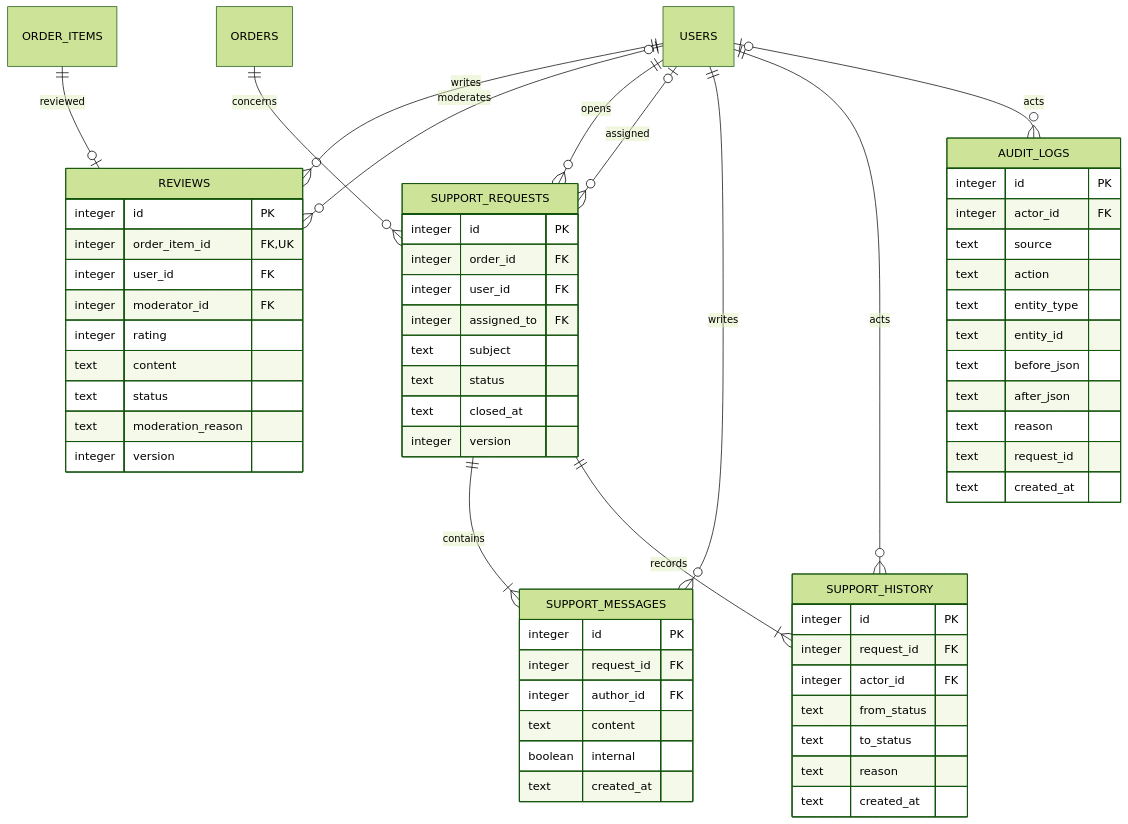
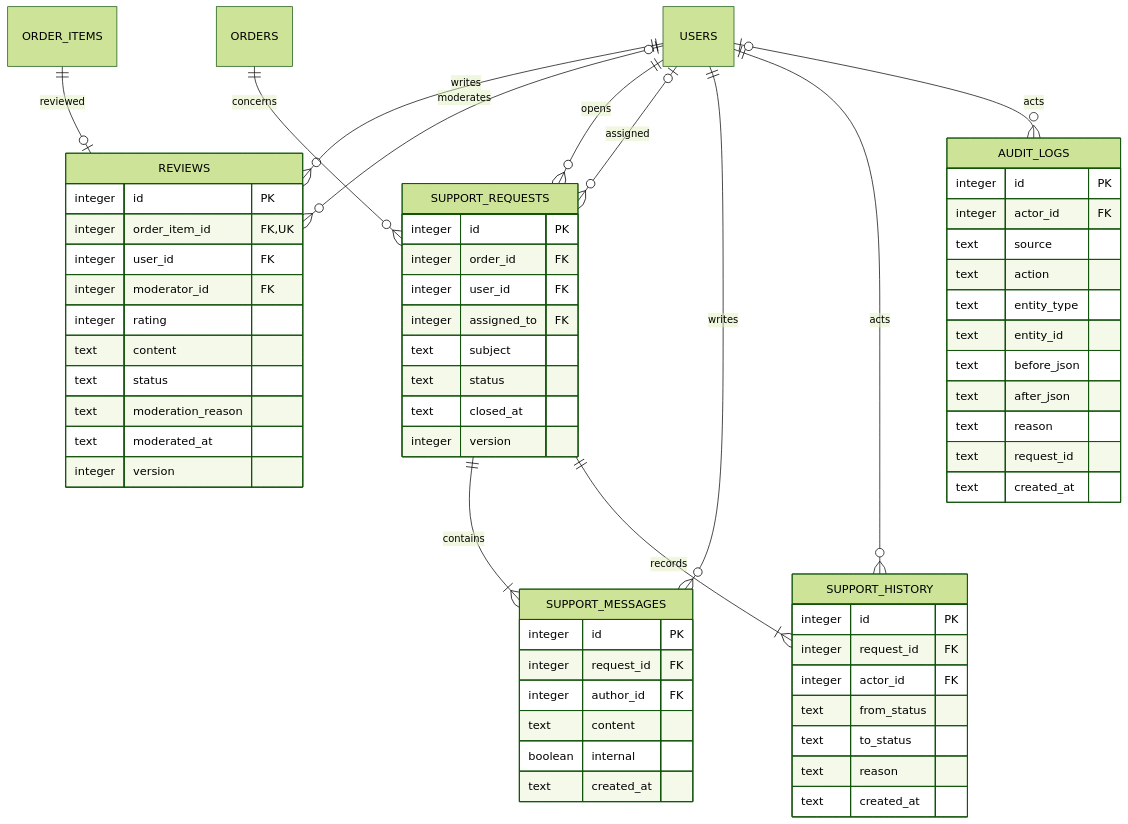
The fourth of 4 diagrams in docs/07_ERD_VA_TU_DIEN_DU_LIEU.md (hungpkaa/x-y-d-ng-web-b-n-h-ng-i-n-t-cho-m-t-c-a-h-ng), drawn with Mermaid (forest theme) before and after one commit. The commit also changed other lines of this file and 134 other files, not shown here.

````diff
--- a/docs/07_ERD_VA_TU_DIEN_DU_LIEU.md
+++ b/docs/07_ERD_VA_TU_DIEN_DU_LIEU.md
@@ -361,65 +410,66 @@
 ```mermaid
 erDiagram
   ORDER_ITEMS ||--o| REVIEWS : reviewed
   USERS ||--o{ REVIEWS : writes
   USERS o|--o{ REVIEWS : moderates
   USERS ||--o{ SUPPORT_REQUESTS : opens
   ORDERS ||--o{ SUPPORT_REQUESTS : concerns
   USERS o|--o{ SUPPORT_REQUESTS : assigned
   SUPPORT_REQUESTS ||--|{ SUPPORT_MESSAGES : contains
   USERS ||--o{ SUPPORT_MESSAGES : writes
   SUPPORT_REQUESTS ||--|{ SUPPORT_HISTORY : records
   USERS ||--o{ SUPPORT_HISTORY : acts
   USERS o|--o{ AUDIT_LOGS : acts
   REVIEWS {
     integer id PK
     integer order_item_id FK,UK
     integer user_id FK
     integer moderator_id FK
     integer rating
     text content
     text status
     text moderation_reason
+    text moderated_at
     integer version
   }
   SUPPORT_REQUESTS {
     integer id PK
     integer order_id FK
     integer user_id FK
     integer assigned_to FK
     text subject
     text status
     text closed_at
     integer version
   }
   SUPPORT_MESSAGES {
     integer id PK
     integer request_id FK
     integer author_id FK
     text content
     boolean internal
     text created_at
   }
   SUPPORT_HISTORY {
     integer id PK
     integer request_id FK
     integer actor_id FK
     text from_status
     text to_status
     text reason
     text created_at
   }
   AUDIT_LOGS {
     integer id PK
     integer actor_id FK
     text source
     text action
     text entity_type
     text entity_id
     text before_json
     text after_json
     text reason
     text request_id
     text created_at
   }
 ```
````
